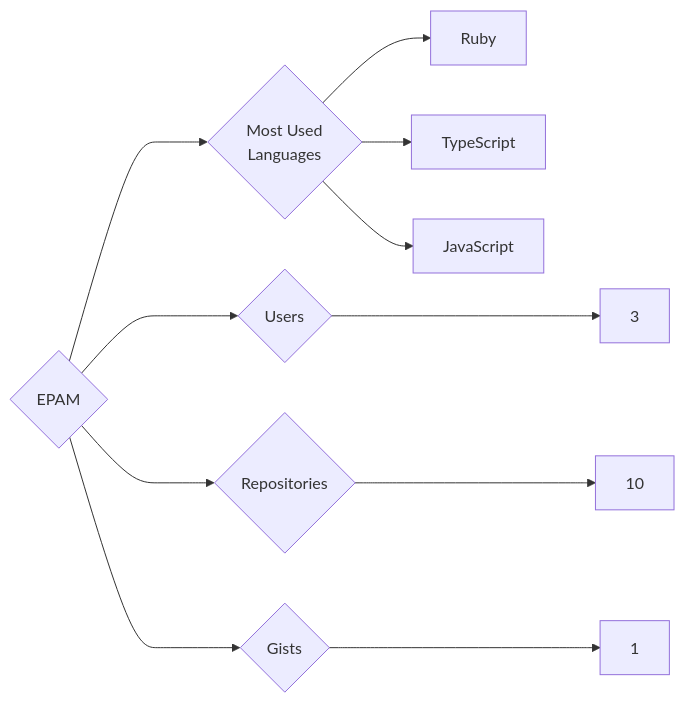
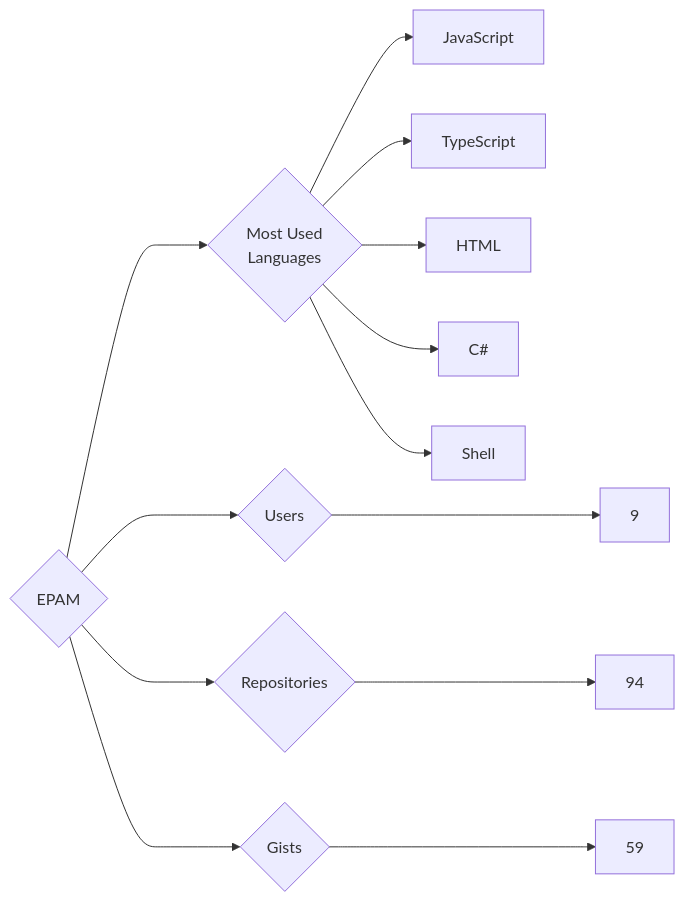
Before and after one commit to trickest/insiders: the diagram in targets/EPAM/README.md, drawn with Mermaid. The commit also changed 1212 other files, not shown here.

````diff
--- a/targets/EPAM/README.md
+++ b/targets/EPAM/README.md
@@ -3,11 +3,13 @@
 ```mermaid
 graph LR
 COMPANY_NAME{EPAM}
-COMPANY_NAME ---> U{Users} ---> UN[3]
-COMPANY_NAME ---> R{Repositories} ---> RN[10]
-COMPANY_NAME ---> G{Gists} ---> GN[1]
+COMPANY_NAME ---> U{Users} ---> UN[9]
+COMPANY_NAME ---> R{Repositories} ---> RN[94]
+COMPANY_NAME ---> G{Gists} ---> GN[59]
 COMPANY_NAME ---> ML{Most Used<br>Languages}
-ML --> Ruby[Ruby]
+ML --> JavaScript[JavaScript]
 ML --> TypeScript[TypeScript]
-ML --> JavaScript[JavaScript]
+ML --> HTML[HTML]
+ML --> C#[C#]
+ML --> Shell[Shell]
 ```
````
